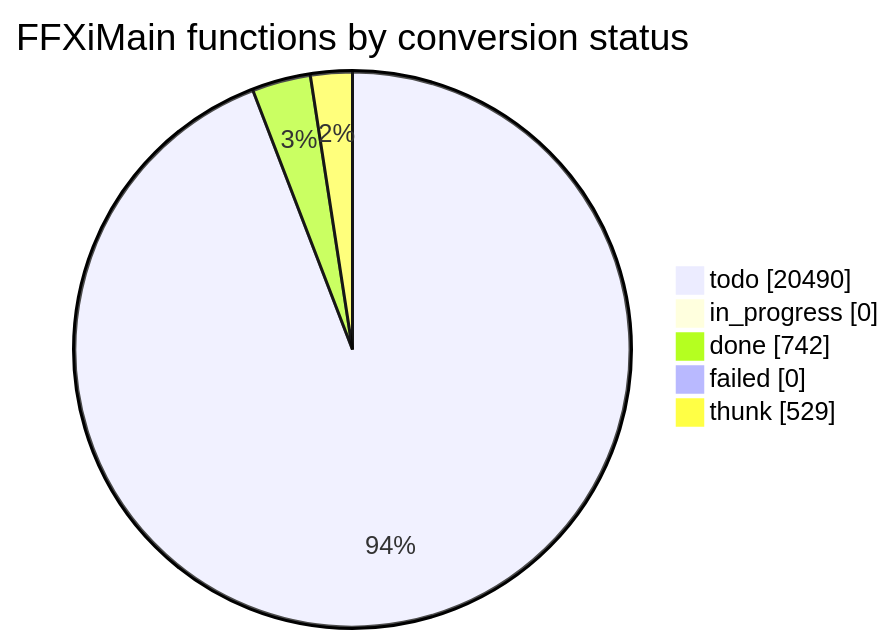
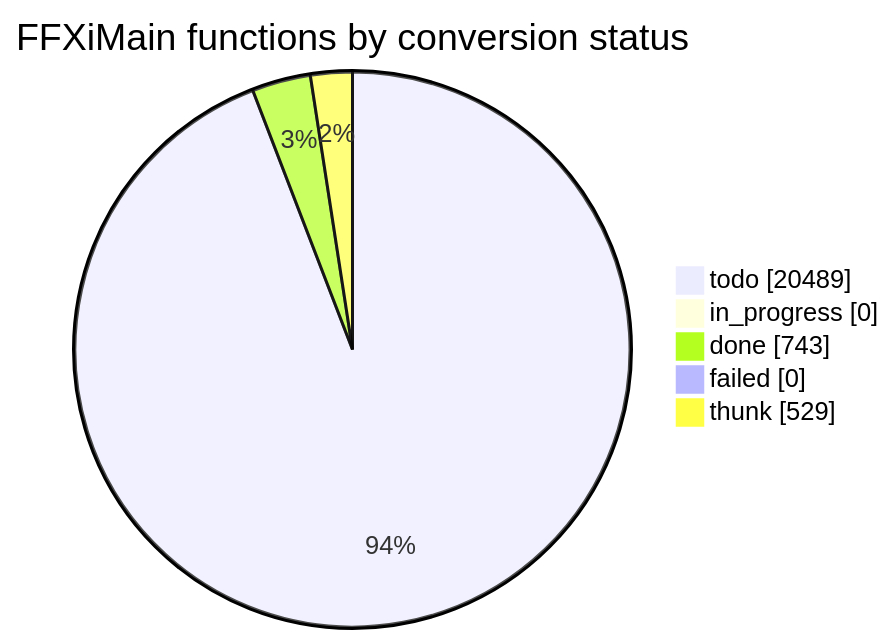
One commit to cowrevenge/cow_kuluu_xi_anything changed the diagram in docs/cow/STATUS.md. Above: the diagram before and after it, drawn with Mermaid. The commit also changed other lines of this file and 9 other files, not shown here.

````diff
--- a/docs/cow/STATUS.md
+++ b/docs/cow/STATUS.md
@@ -18,9 +18,9 @@
 ```mermaid
 pie showData
     title FFXiMain functions by conversion status
-    "todo" : 20490
+    "todo" : 20489
     "in_progress" : 0
-    "done" : 742
+    "done" : 743
     "failed" : 0
     "thunk" : 529
 ```
````
